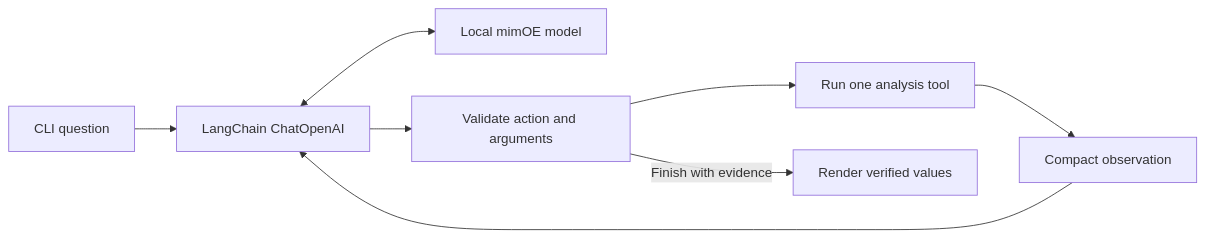
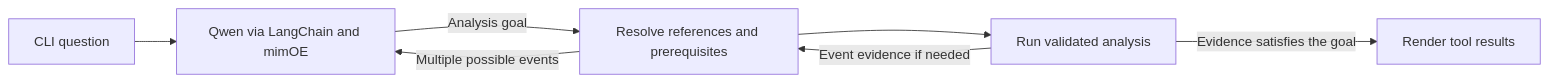
One commit to InderKhera/wearable-data-investigator changed the diagram in README.md. Above: the diagram before and after it, drawn with Mermaid. The commit also changed other lines of this file and 9 other files, not shown here.

````diff
--- a/README.md
+++ b/README.md
@@ -48,10 +49,9 @@
 ```mermaid
 flowchart LR
-    U[CLI question] --> M[LangChain ChatOpenAI]
-    M <--> L[Local mimOE model]
-    M --> V[Validate action and arguments]
-    V --> T[Run one analysis tool]
-    T --> O[Compact observation]
-    O --> M
-    V -->|Finish with evidence| R[Render verified values]
+    U[CLI question] --> M[Qwen via LangChain and mimOE]
+    M -->|Analysis goal| V[Resolve references and prerequisites]
+    V --> T[Run validated analysis]
+    T -->|Event evidence if needed| V
+    V -->|Multiple possible events| M
+    T -->|Evidence satisfies the goal| R[Render tool results]
 ```
````
